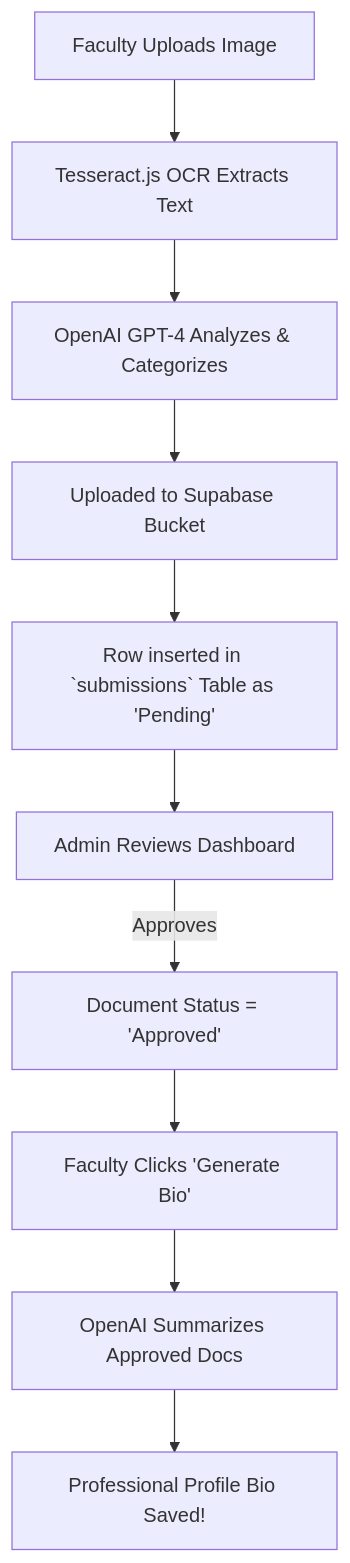
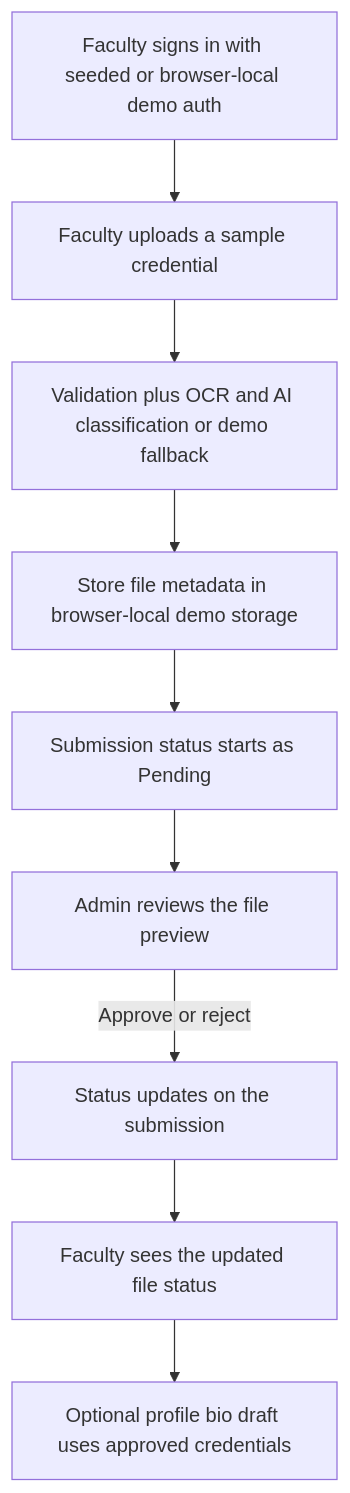
The diagram in README.md (Iron-Mark/Hackathon-Smart-Profile-Management-System), drawn with Mermaid before and after one commit. The commit also changed other lines of this file and 74 other files, not shown here.

First line of the commit message:
feat(showcase): restore public demo with optional Clerk auth

````diff
--- a/README.md
+++ b/README.md
@@ -60,12 +59,11 @@
 ```mermaid
 graph TD
-    A[Faculty Uploads Image] --> B[Tesseract.js OCR Extracts Text]
-    B --> C[OpenAI GPT-4 Analyzes & Categorizes]
-    C --> D[Uploaded to Supabase Bucket]
-    D --> E[Row inserted in `submissions` Table as 'Pending']
-    E --> F[Admin Reviews Dashboard]
-    F -->|Approves| G[Document Status = 'Approved']
-    G --> H[Faculty Clicks 'Generate Bio']
-    H --> I[OpenAI Summarizes Approved Docs]
-    I --> J[Professional Profile Bio Saved!]
+    A[Faculty signs in with seeded or browser-local demo auth] --> B[Faculty uploads a sample credential]
+    B --> C[Validation plus OCR and AI classification or demo fallback]
+    C --> D[Store file metadata in browser-local demo storage]
+    D --> E[Submission status starts as Pending]
+    E --> F[Admin reviews the file preview]
+    F -->|Approve or reject| G[Status updates on the submission]
+    G --> H[Faculty sees the updated file status]
+    H --> I[Optional profile bio draft uses approved credentials]
 ```
````
